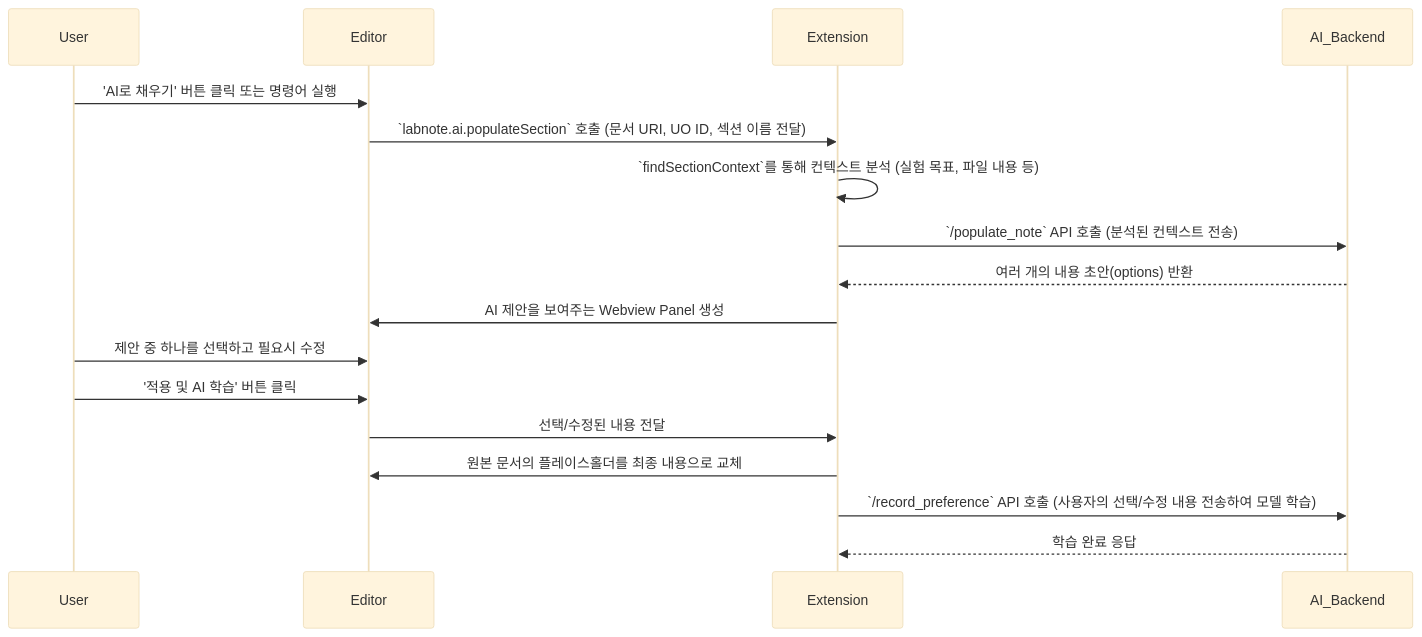
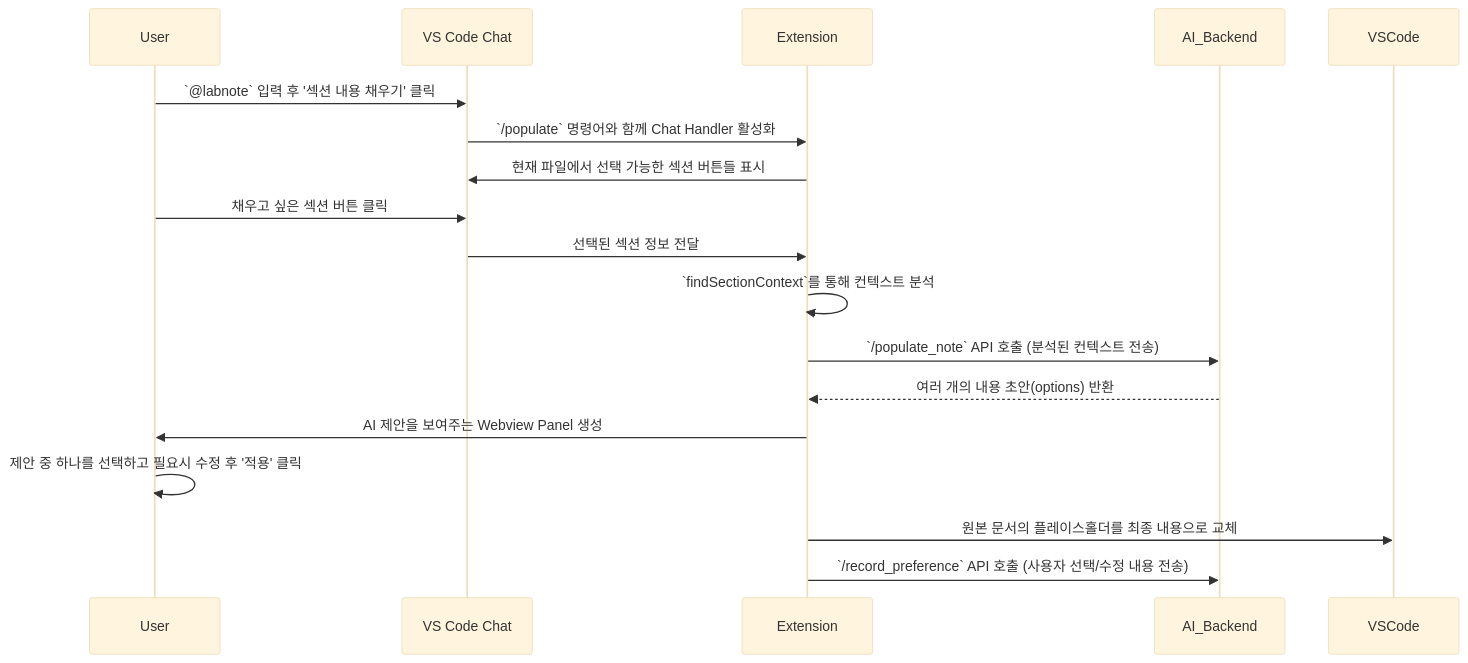
The third of 3 diagrams in README.md (sblabkribb/vscode-labnote-extension), drawn with Mermaid (base theme) before and after one commit. The commit also changed other lines of this file and 6 other files, not shown here.

````diff
--- a/README.md
+++ b/README.md
@@ -112,20 +120,20 @@
 ```mermaid
 sequenceDiagram
     participant User
-    participant Editor
+    participant Chat_UI as VS Code Chat
     participant Extension
     participant AI_Backend
 
-    User->>Editor: 'AI로 채우기' 버튼 클릭 또는 명령어 실행
-    Editor->>Extension: `labnote.ai.populateSection` 호출 (문서 URI, UO ID, 섹션 이름 전달)
-    Extension->>Extension: `findSectionContext`를 통해 컨텍스트 분석 (실험 목표, 파일 내용 등)
+    User->>Chat_UI: `@labnote` 입력 후 '섹션 내용 채우기' 클릭
+    Chat_UI->>Extension: `/populate` 명령어와 함께 Chat Handler 활성화
+    Extension->>Chat_UI: 현재 파일에서 선택 가능한 섹션 버튼들 표시
+    User->>Chat_UI: 채우고 싶은 섹션 버튼 클릭
+    Chat_UI->>Extension: 선택된 섹션 정보 전달
+    Extension->>Extension: `findSectionContext`를 통해 컨텍스트 분석
     Extension->>AI_Backend: `/populate_note` API 호출 (분석된 컨텍스트 전송)
     AI_Backend-->>Extension: 여러 개의 내용 초안(options) 반환
-    Extension->>Editor: AI 제안을 보여주는 Webview Panel 생성
-    User->>Editor: 제안 중 하나를 선택하고 필요시 수정
-    User->>Editor: '적용 및 AI 학습' 버튼 클릭
-    Editor->>Extension: 선택/수정된 내용 전달
-    Extension->>Editor: 원본 문서의 플레이스홀더를 최종 내용으로 교체
-    Extension->>AI_Backend: `/record_preference` API 호출 (사용자의 선택/수정 내용 전송하여 모델 학습)
-    AI_Backend-->>Extension: 학습 완료 응답
+    Extension->>User: AI 제안을 보여주는 Webview Panel 생성
+    User->>User: 제안 중 하나를 선택하고 필요시 수정 후 '적용' 클릭
+    Extension->>VSCode: 원본 문서의 플레이스홀더를 최종 내용으로 교체
+    Extension->>AI_Backend: `/record_preference` API 호출 (사용자 선택/수정 내용 전송)
 ```
````
